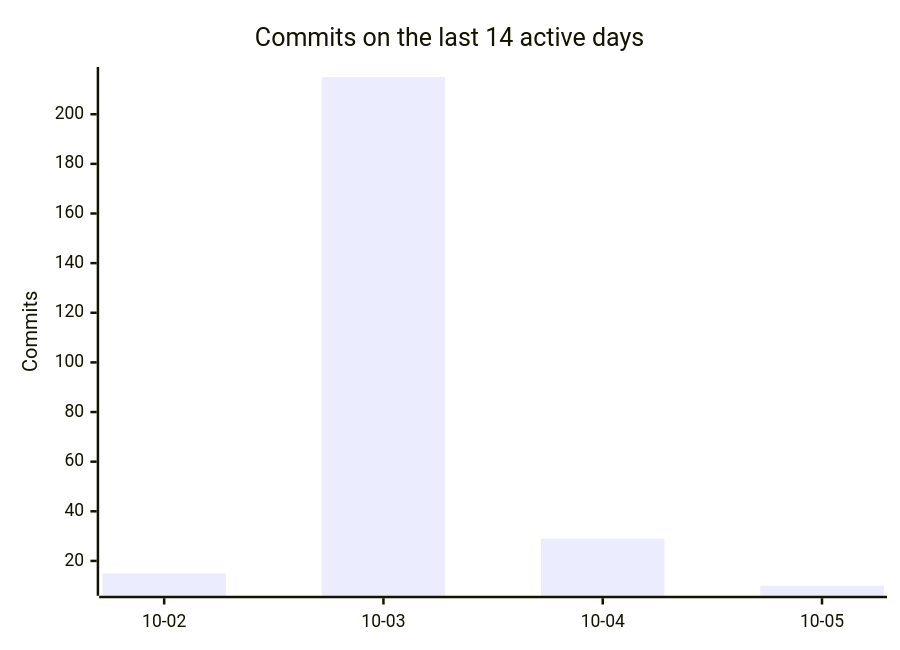
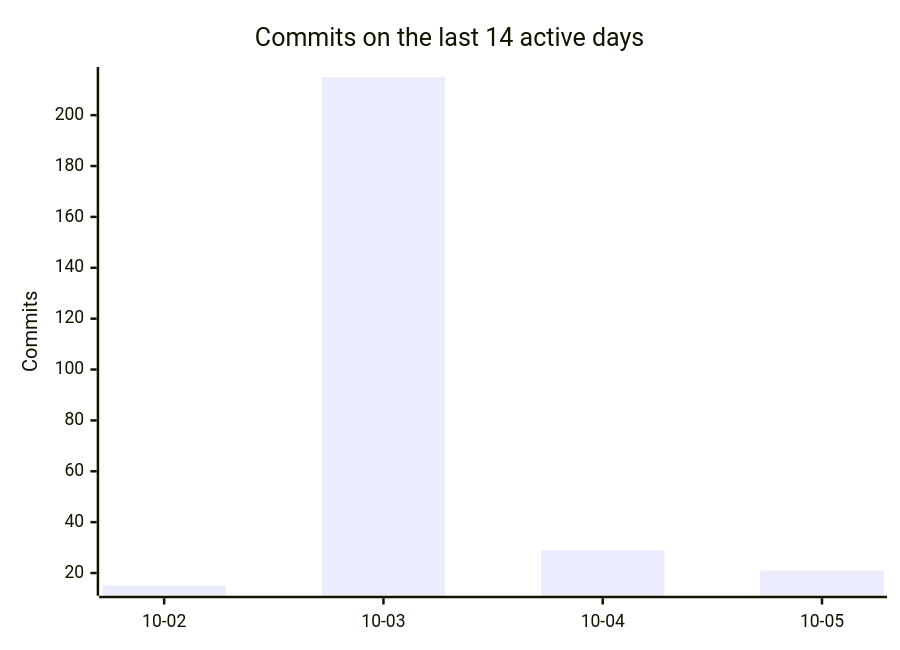
The third of 3 diagrams in README.md (PflanzenDex/PflanzenDex), drawn with Mermaid before and after one commit. The commit also changed other lines of this file, not shown here.

````diff
--- a/README.md
+++ b/README.md
@@ -70,7 +70,7 @@
 ```mermaid
 xychart-beta
   title "Commits on the last 14 active days"
   x-axis ["10-02", "10-03", "10-04", "10-05"]
   y-axis "Commits"
-  bar [15, 215, 29, 10]
+  bar [15, 215, 29, 21]
 ```
````
